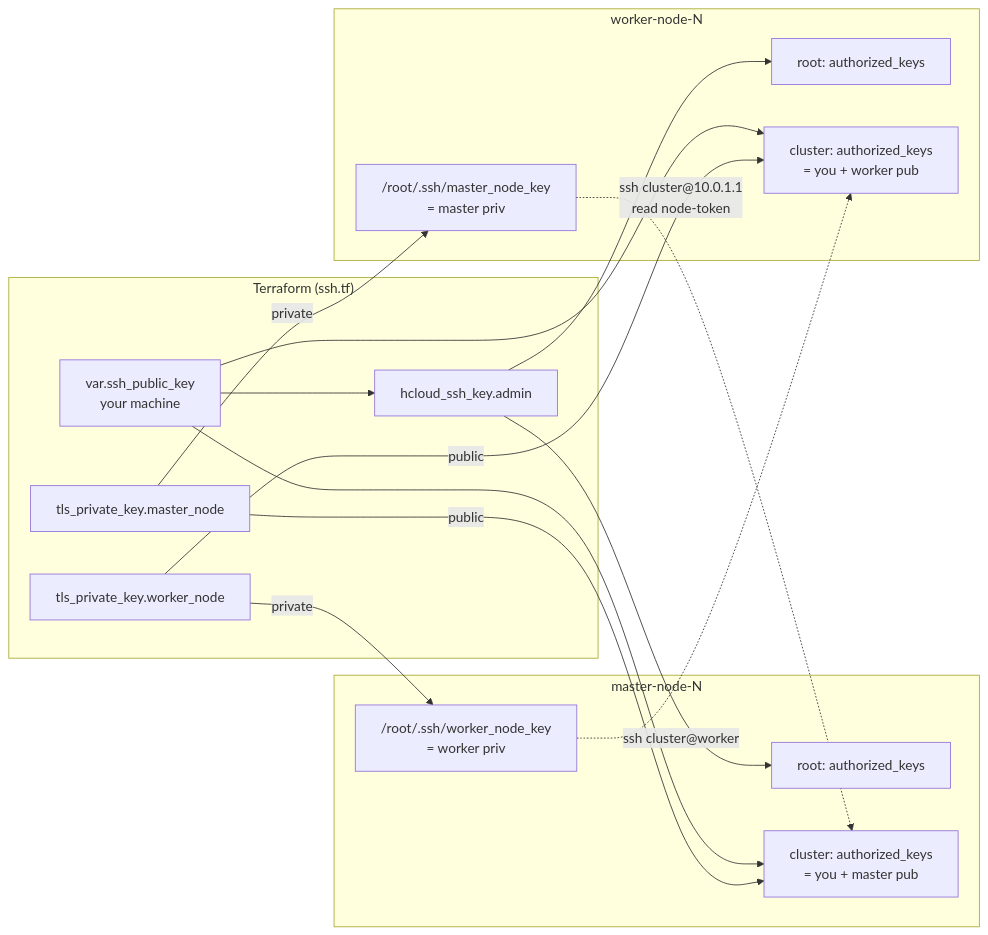
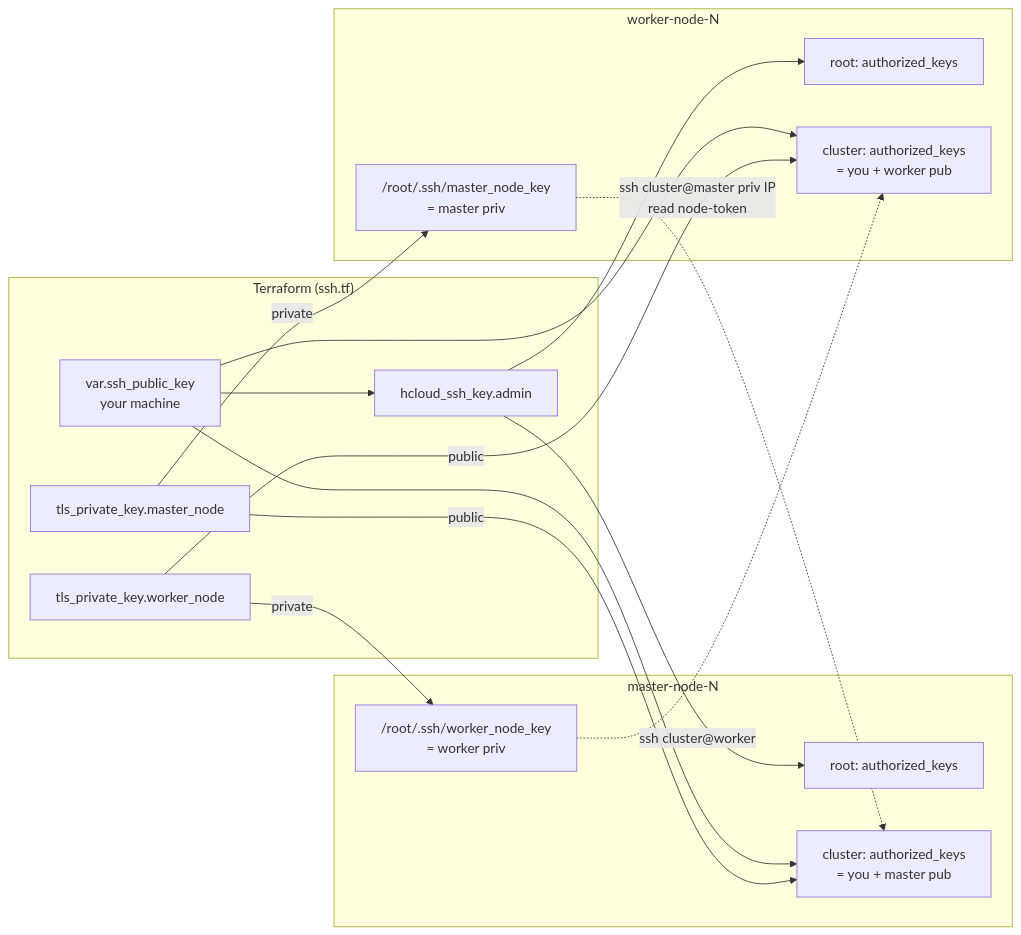
The fifth of 5 diagrams in docs/02-architecture.md (pawel150199/hcloud-k8s-cluster), drawn with Mermaid before and after one commit. The commit also changed other lines of this file and 9 other files, not shown here.

````diff
--- a/docs/02-architecture.md
+++ b/docs/02-architecture.md
@@ -198,34 +198,34 @@
 ```mermaid
 flowchart LR
   subgraph TF["Terraform (ssh.tf)"]
     PUB["var.ssh_public_key<br/>your machine"]
     KM["tls_private_key.master_node"]
     KW["tls_private_key.worker_node"]
     AK["hcloud_ssh_key.admin"]
   end
 
   subgraph M["master-node-N"]
     MR["root: authorized_keys"]
     MC["cluster: authorized_keys<br/>= you + master pub"]
     MF["/root/.ssh/worker_node_key<br/>= worker priv"]
   end
 
   subgraph W["worker-node-N"]
     WR["root: authorized_keys"]
     WC["cluster: authorized_keys<br/>= you + worker pub"]
     WF["/root/.ssh/master_node_key<br/>= master priv"]
   end
 
   PUB --> AK
   AK --> MR
   AK --> WR
   PUB --> MC
   PUB --> WC
   KM -->|public| MC
   KM -->|private| WF
   KW -->|public| WC
   KW -->|private| MF
 
-  WF -.->|ssh cluster@10.0.1.1<br/>read node-token| MC
+  WF -.->|ssh cluster@master priv IP<br/>read node-token| MC
   MF -.->|ssh cluster@worker| WC
 ```
````
